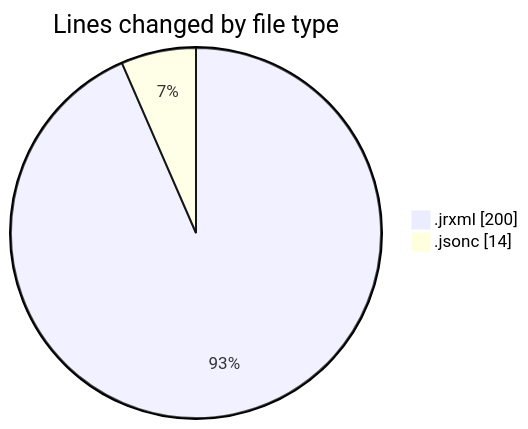
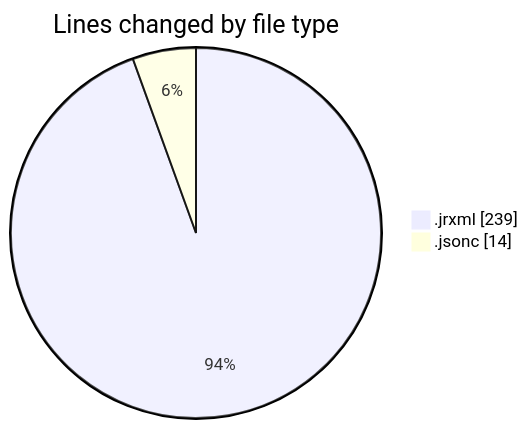
One commit to ricardozamudiocil/code-tracking changed the first of 2 diagrams in 2026-07-09/cilreports__workspace_/README.md. Above: the diagram before and after it, drawn with Mermaid. The commit also changed other lines of this file and 1 other file, not shown here.

````diff
--- a/2026-07-09/cilreports__workspace_/README.md
+++ b/2026-07-09/cilreports__workspace_/README.md
@@ -21,6 +21,6 @@
 ```mermaid
 pie showData
 title Lines changed by file type
-".jrxml" : 200
+".jrxml" : 239
 ".jsonc" : 14
 ```
````
